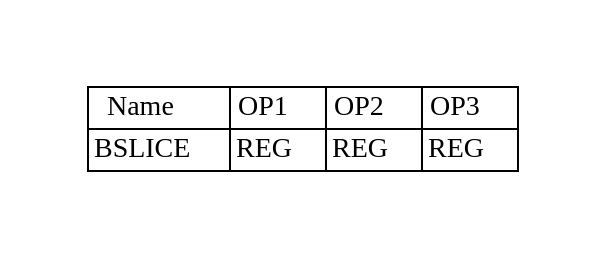
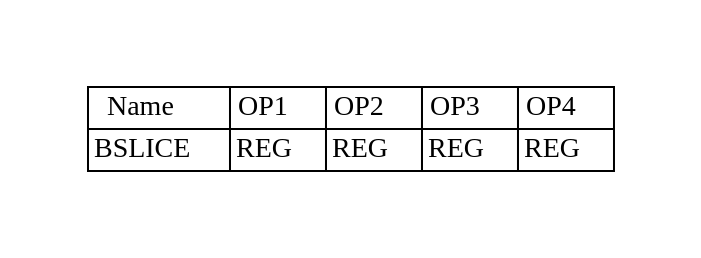
One commit to adesutherland/CREXX changed the diagram in docs/books/crexx_vm_spec/svg/bslice.gv. Above: the diagram before and after it, drawn with Graphviz. The commit also changed 177 other files, not shown here.

```diff
--- a/docs/books/crexx_vm_spec/svg/bslice.gv
+++ b/docs/books/crexx_vm_spec/svg/bslice.gv
@@ -1,9 +1,9 @@
 digraph{
 graph [pad="0.5", nodesep="0.5", ranksep="2" ]
 node [shape=plain]
 Foo [label=<
 <table border="0" cellborder="1" cellspacing="0">
-<tr><td> Name </td> <td> OP1 </td><td> OP2 </td><td> OP3 </td> </tr>
-<tr><td> BSLICE </td><td> REG </td><td> REG </td><td> REG </td> </tr>
+<tr><td> Name </td> <td> OP1 </td><td> OP2 </td><td> OP3 </td><td> OP4 </td> </tr>
+<tr><td> BSLICE </td><td> REG </td><td> REG </td><td> REG </td><td> REG </td> </tr>
 </table>>];
 }
```
